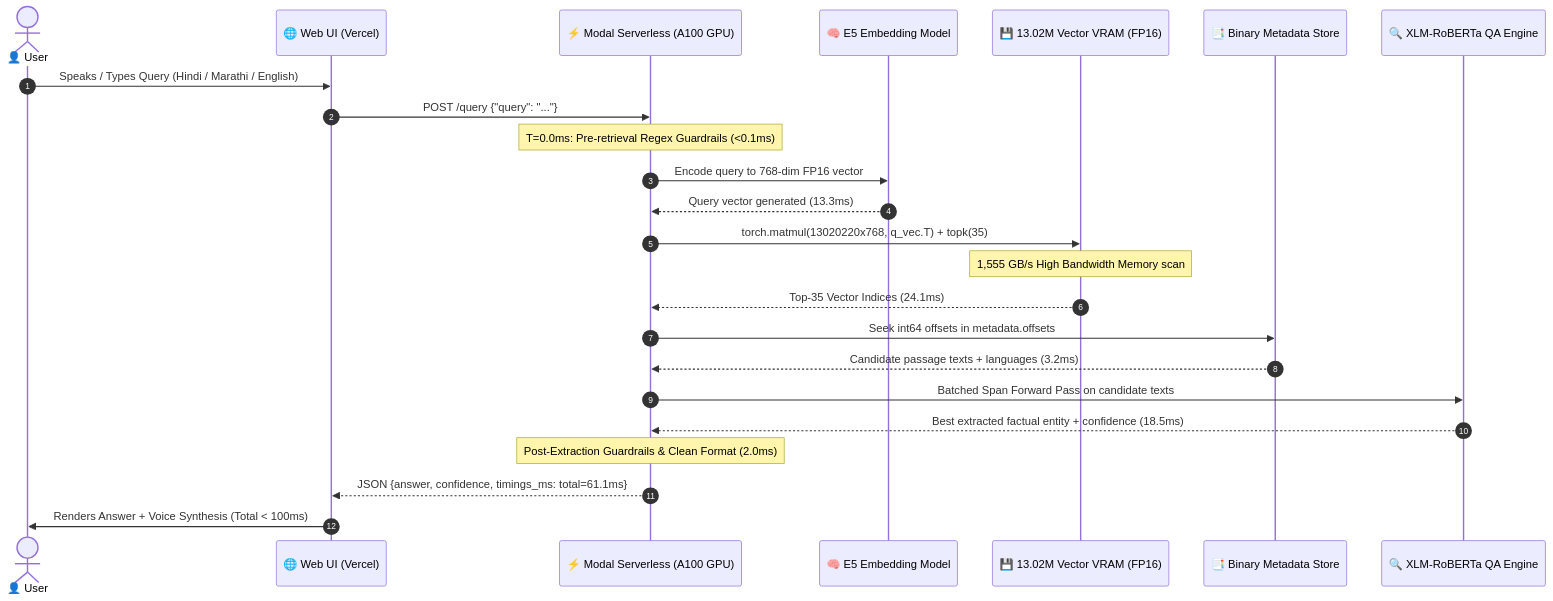
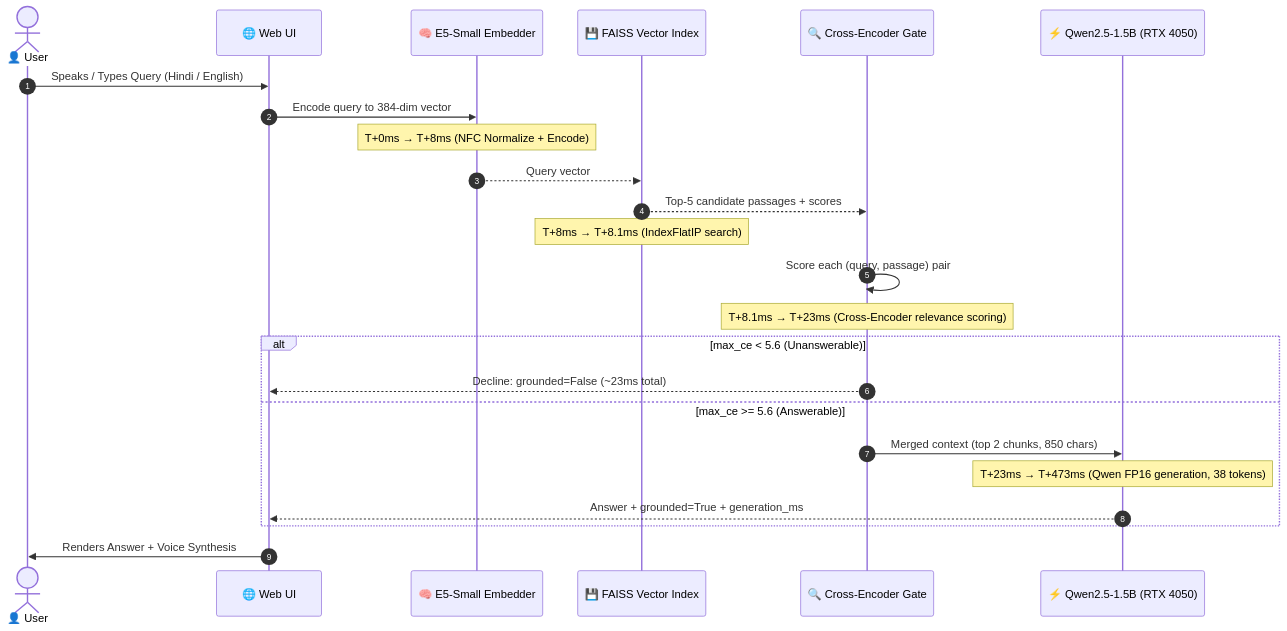
Before and after one commit to Asheesh7298/Rag-voice: the second of 4 diagrams in ARCHITECTURE_AND_DATA_FLOW.md, drawn with Mermaid. The commit also changed other lines of this file and 4 other files, not shown here.

Commit message:
docs: update README, architecture diagrams, and presentation with champion benchmark metrics and RTX 4050 specs

````diff
--- a/ARCHITECTURE_AND_DATA_FLOW.md
+++ b/ARCHITECTURE_AND_DATA_FLOW.md
@@ -65,32 +63,31 @@
 ```mermaid
 sequenceDiagram
     autonumber
     actor User as 👤 User
-    participant Frontend as 🌐 Web UI (Vercel)
-    participant Modal as ⚡ Modal Serverless (A100 GPU)
-    participant E5 as 🧠 E5 Embedding Model
-    participant GPU_VRAM as 💾 13.02M Vector VRAM (FP16)
-    participant Meta as 📑 Binary Metadata Store
-    participant QA as 🔍 XLM-RoBERTa QA Engine
+    participant Frontend as 🌐 Web UI
+    participant E5 as 🧠 E5-Small Embedder
+    participant FAISS as 💾 FAISS Vector Index
+    participant CE as 🔍 Cross-Encoder Gate
+    participant GPU as ⚡ Qwen2.5-1.5B (RTX 4050)
 
-    User->>Frontend: Speaks / Types Query (Hindi / Marathi / English)
-    Frontend->>Modal: POST /query {"query": "..."}
-    Note over Modal: T=0.0ms: Pre-retrieval Regex Guardrails (<0.1ms)
+    User->>Frontend: Speaks / Types Query (Hindi / English)
+    Frontend->>E5: Encode query to 384-dim vector
+    Note over E5: T+0ms → T+8ms (NFC Normalize + Encode)
+    E5-->>FAISS: Query vector
     
-    Modal->>E5: Encode query to 768-dim FP16 vector
-    E5-->>Modal: Query vector generated (13.3ms)
+    FAISS-->>CE: Top-5 candidate passages + scores
+    Note over FAISS: T+8ms → T+8.1ms (IndexFlatIP search)
     
-    Modal->>GPU_VRAM: torch.matmul(13020220x768, q_vec.T) + topk(35)
-    Note over GPU_VRAM: 1,555 GB/s High Bandwidth Memory scan
-    GPU_VRAM-->>Modal: Top-35 Vector Indices (24.1ms)
+    CE->>CE: Score each (query, passage) pair
+    Note over CE: T+8.1ms → T+23ms (Cross-Encoder relevance scoring)
     
-    Modal->>Meta: Seek int64 offsets in metadata.offsets
-    Meta-->>Modal: Candidate passage texts + languages (3.2ms)
+    alt max_ce < 5.6 (Unanswerable)
+        CE-->>Frontend: Decline: grounded=False (~23ms total)
+    else max_ce >= 5.6 (Answerable)
+        CE->>GPU: Merged context (top 2 chunks, 850 chars)
+        Note over GPU: T+23ms → T+473ms (Qwen FP16 generation, 38 tokens)
+        GPU-->>Frontend: Answer + grounded=True + generation_ms
+    end
     
-    Modal->>QA: Batched Span Forward Pass on candidate texts
-    QA-->>Modal: Best extracted factual entity + confidence (18.5ms)
-    
-    Note over Modal: Post-Extraction Guardrails & Clean Format (2.0ms)
-    Modal-->>Frontend: JSON {answer, confidence, timings_ms: total=61.1ms}
-    Frontend->>User: Renders Answer + Voice Synthesis (Total < 100ms)
+    Frontend->>User: Renders Answer + Voice Synthesis
 ```
````
